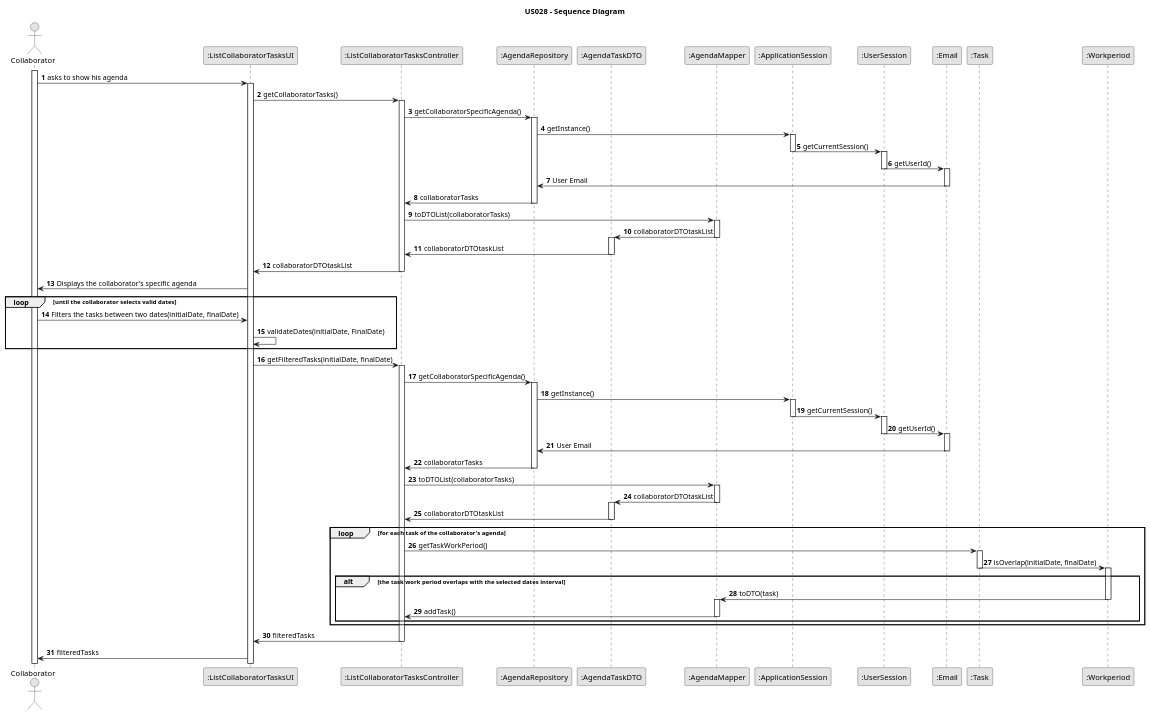
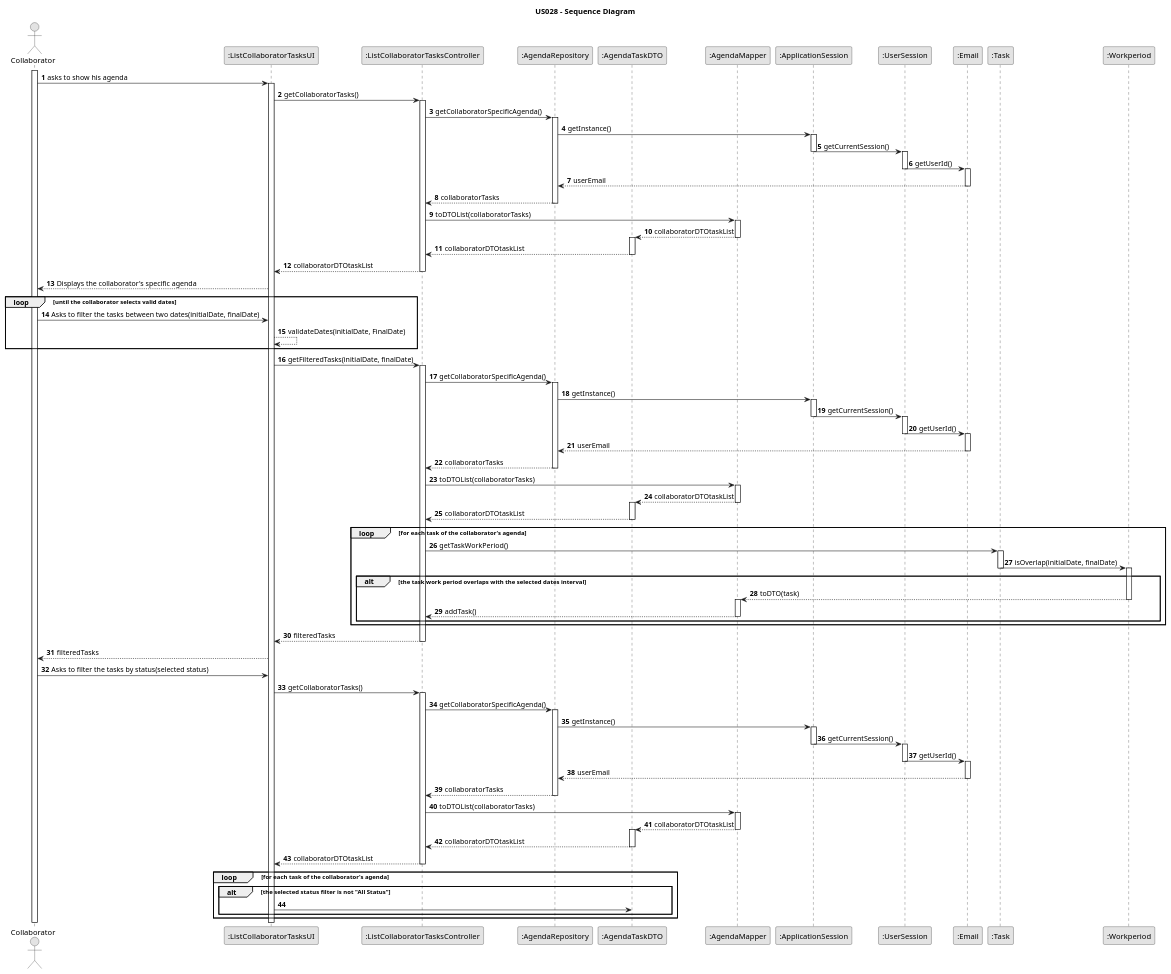
Before and after one commit to Rui-San/LAPR2_2023_2024: the diagram in docs/sprintC/us028/03.design/puml/us028-sequence-diagram.puml, drawn with PlantUML. The commit also changed 1 other file, not shown here.

```diff
--- a/docs/sprintC/us028/03.design/puml/us028-sequence-diagram.puml
+++ b/docs/sprintC/us028/03.design/puml/us028-sequence-diagram.puml
@@ -1,115 +1,149 @@
 @startuml
 skinparam monochrome true
 skinparam packageStyle rectangle
 skinparam shadowing false
 
 title US028 - Sequence Diagram
 
 autonumber
 
 actor "Collaborator" as Collaborator
 participant ":ListCollaboratorTasksUI" as UI
 participant ":ListCollaboratorTasksController" as CTRL
 participant ":AgendaRepository" as REPO
 participant ":AgendaTaskDTO" as DTO
 participant ":AgendaMapper" as Mapper
 participant ":ApplicationSession" as AS
 participant ":UserSession" as US
 participant ":Email" as Email
 participant ":Task" as Task
 participant ":Workperiod" as Workperiod
 
 activate Collaborator
 
     Collaborator -> UI :asks to show his agenda
     activate UI
     UI -> CTRL :getCollaboratorTasks()
     activate CTRL
     CTRL -> REPO:getCollaboratorSpecificAgenda()
     activate REPO
     REPO -> AS:getInstance()
     activate AS
 
     AS -> US:getCurrentSession()
     deactivate AS
     activate US
     US -> Email:getUserId()
     deactivate US
     activate Email
-    Email -> REPO:User Email
+    Email --> REPO:userEmail
     deactivate Email
 
-    REPO -> CTRL: collaboratorTasks
+    REPO --> CTRL: collaboratorTasks
     deactivate REPO
     CTRL -> Mapper: toDTOList(collaboratorTasks)
 
     activate Mapper
-    Mapper -> DTO: collaboratorDTOtaskList
+    Mapper --> DTO: collaboratorDTOtaskList
     deactivate Mapper
 
     activate DTO
-    DTO -> CTRL: collaboratorDTOtaskList
+    DTO --> CTRL: collaboratorDTOtaskList
     deactivate DTO
-    CTRL -> UI: collaboratorDTOtaskList
+    CTRL --> UI: collaboratorDTOtaskList
 
 
     deactivate CTRL
-    UI -> Collaborator: Displays the collaborator's specific agenda
+    UI --> Collaborator: Displays the collaborator's specific agenda
 
     loop until the collaborator selects valid dates
-    Collaborator -> UI: Filters the tasks between two dates(initialDate, finalDate)
-    UI -> UI: validateDates(initialDate, FinalDate)
+    Collaborator -> UI: Asks to filter the tasks between two dates(initialDate, finalDate)
+    UI --> UI: validateDates(initialDate, FinalDate)
     end loop
 
     UI -> CTRL : getFilteredTasks(initialDate, finalDate)
 
 
 
     activate CTRL
         CTRL -> REPO:getCollaboratorSpecificAgenda()
         activate REPO
         REPO -> AS:getInstance()
         activate AS
 
         AS -> US:getCurrentSession()
         deactivate AS
         activate US
         US -> Email:getUserId()
         deactivate US
         activate Email
-        Email -> REPO:User Email
+        Email --> REPO:userEmail
         deactivate Email
 
-        REPO -> CTRL: collaboratorTasks
+        REPO --> CTRL: collaboratorTasks
         deactivate REPO
         CTRL -> Mapper: toDTOList(collaboratorTasks)
 
         activate Mapper
-        Mapper -> DTO: collaboratorDTOtaskList
+        Mapper --> DTO: collaboratorDTOtaskList
         deactivate Mapper
 
         activate DTO
-        DTO -> CTRL: collaboratorDTOtaskList
+        DTO --> CTRL: collaboratorDTOtaskList
         deactivate DTO
         loop for each task of the collaborator's agenda
 
 
         CTRL -> Task: getTaskWorkPeriod()
         activate Task
         Task -> Workperiod: isOverlap(initialDate, finalDate)
         deactivate Task
         alt the task work period overlaps with the selected dates interval
         activate Workperiod
-        Workperiod -> Mapper: toDTO(task)
+        Workperiod --> Mapper: toDTO(task)
         deactivate Workperiod
         activate Mapper
-        Mapper -> CTRL: addTask()
+        Mapper --> CTRL: addTask()
         deactivate Mapper
         end
         end loop
-        CTRL -> UI: filteredTasks
+        CTRL --> UI: filteredTasks
         deactivate CTRL
-        UI -> Collaborator: filteredTasks
+        UI --> Collaborator: filteredTasks
+        Collaborator -> UI: Asks to filter the tasks by status(selected status)
+        UI -> CTRL :getCollaboratorTasks()
+            activate CTRL
+            CTRL -> REPO:getCollaboratorSpecificAgenda()
+            activate REPO
+            REPO -> AS:getInstance()
+            activate AS
 
+            AS -> US:getCurrentSession()
+            deactivate AS
+            activate US
+            US -> Email:getUserId()
+            deactivate US
+            activate Email
+            Email --> REPO:userEmail
+            deactivate Email
+
+            REPO --> CTRL: collaboratorTasks
+            deactivate REPO
+            CTRL -> Mapper: toDTOList(collaboratorTasks)
+
+            activate Mapper
+            Mapper --> DTO: collaboratorDTOtaskList
+            deactivate Mapper
+            activate DTO
+                DTO --> CTRL: collaboratorDTOtaskList
+                deactivate DTO
+
+            CTRL --> UI: collaboratorDTOtaskList
+            deactivate CTRL
+            loop for each task of the collaborator's agenda
+            alt the selected status filter is not "All Status"
+            UI -> DTO:
+            end
+            end loop
 
 @enduml
```
